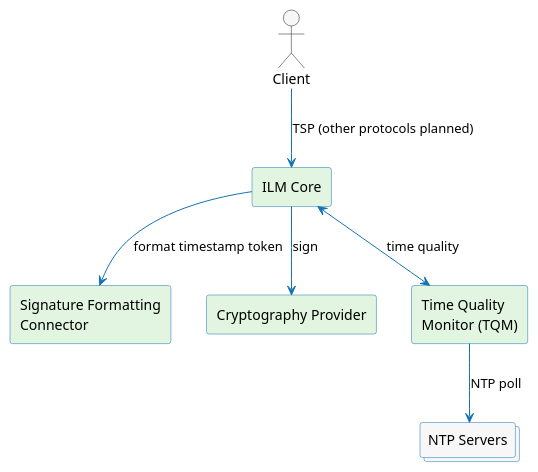
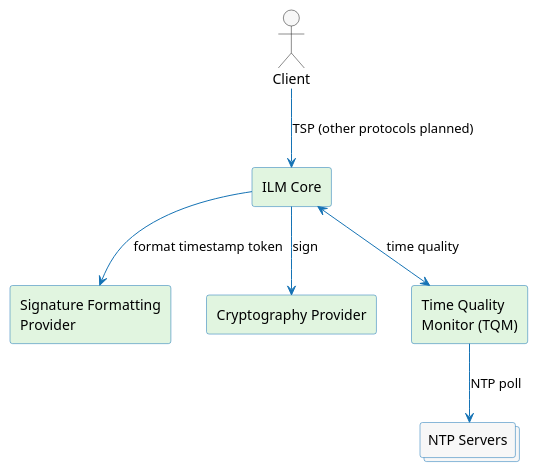
The diagram in docs/signing/timestamping/overview.md (CZERTAINLY/CZERTAINLY-Documentation), drawn with PlantUML before and after one commit. The commit also changed other lines of this file and 11 other files, not shown here.

First line of the commit message:
Make Signature Formatting Provider a conceptual interface page

````diff
--- a/docs/signing/timestamping/overview.md
+++ b/docs/signing/timestamping/overview.md
@@ -33,23 +33,23 @@
 ```plantuml
 @startuml
 skinparam ArrowColor #1573B5
 skinparam ComponentBorderColor #1573B5
 skinparam CollectionsBorderColor #1573B5
 skinparam NoteBackgroundColor #F7F7F7
 skinparam defaultFontName sans-serif
 skinparam componentStyle rectangle
 
 actor "Client" as Client #F7F7F7
 component "ILM Core" as Core #E1F5E0
-component "Signature Formatting\nConnector" as Formatter #E1F5E0
+component "Signature Formatting\nProvider" as Formatter #E1F5E0
 component "Cryptography Provider" as Token #E1F5E0
 component "Time Quality\nMonitor (TQM)" as TQM #E1F5E0
 collections "NTP Servers" as NTP #F7F7F7
 
 Client -[#1573B5]-> Core : TSP (other protocols planned)
 Core -[#1573B5]-> Formatter : format timestamp token
 Core -[#1573B5]-> Token : sign
 Core <-[#1573B5]-> TQM : time quality
 TQM -[#1573B5]-> NTP : NTP poll
 @enduml
 ```
````
